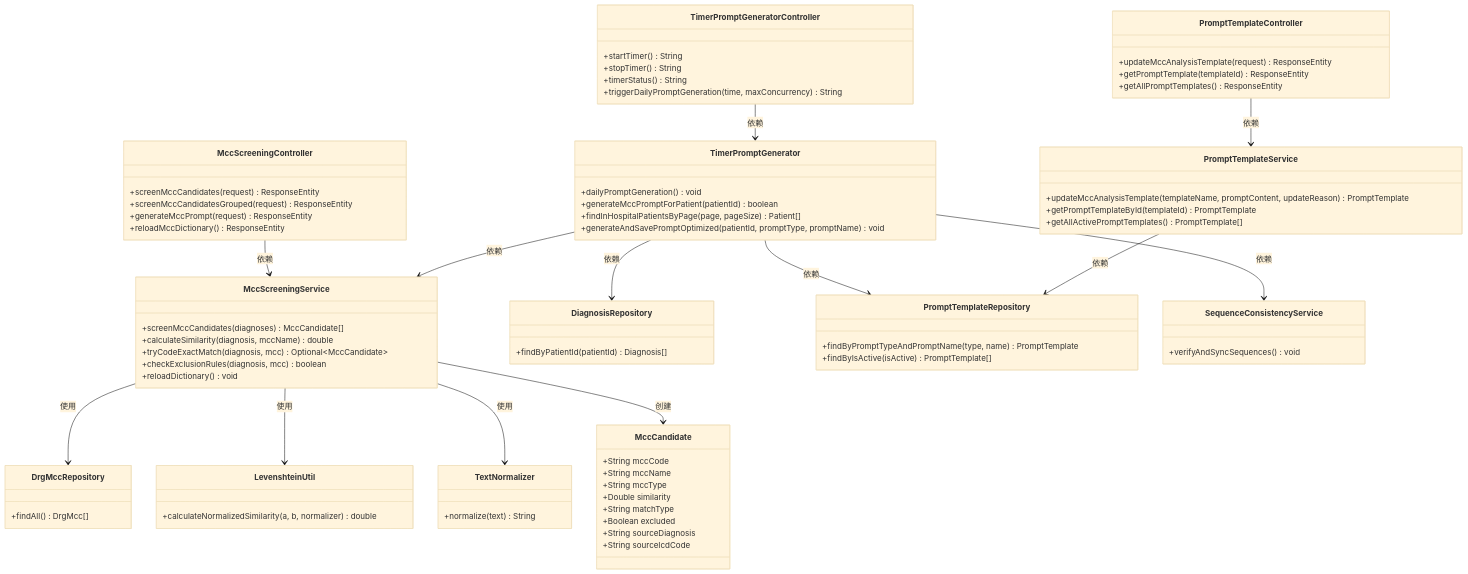
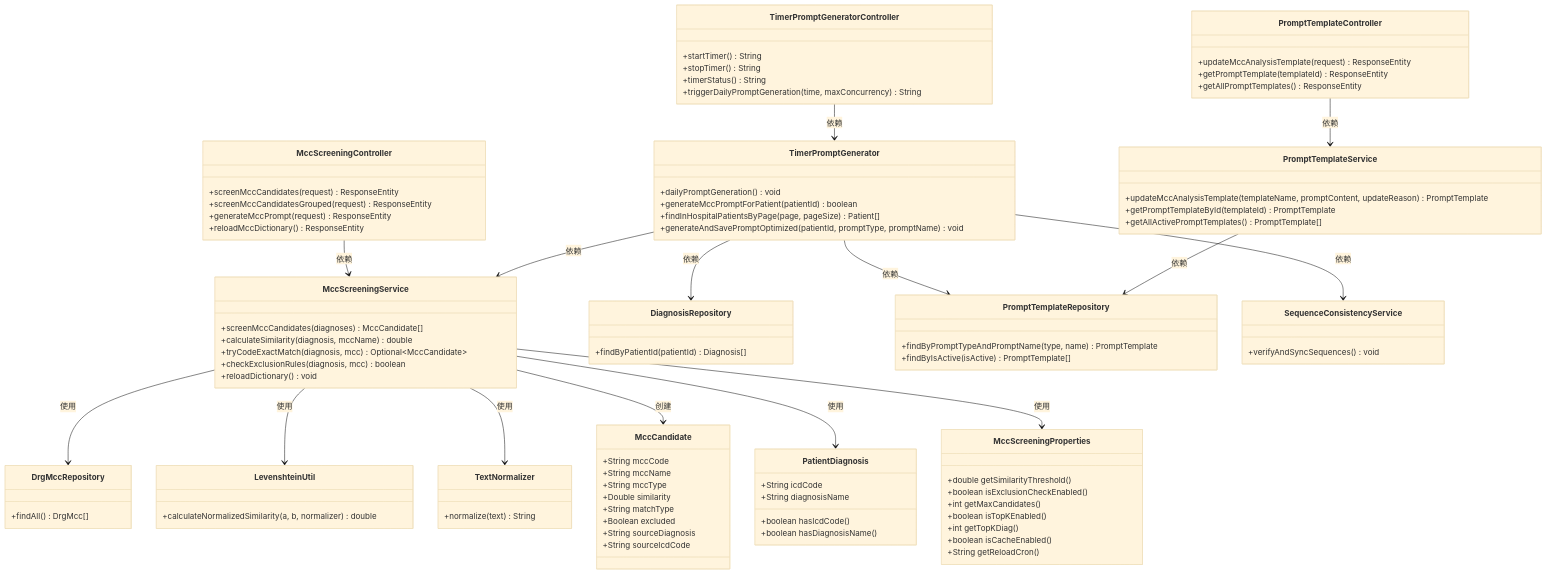
One commit to liuzh2008/med_ai_assistant_workspace changed the tenth of 10 diagrams in .qoder/repowiki/zh/content/核心功能模块/MCC分析系统.md. Above: the diagram before and after it, drawn with Mermaid (base theme). The commit also changed other lines of this file and 7 other files, not shown here.

````diff
--- a/.qoder/repowiki/zh/content/核心功能模块/MCC分析系统.md
+++ b/.qoder/repowiki/zh/content/核心功能模块/MCC分析系统.md
@@ -582,6 +592,21 @@
 class SequenceConsistencyService {
 +verifyAndSyncSequences() void
 }
+class PatientDiagnosis {
++String icdCode
++String diagnosisName
++boolean hasIcdCode()
++boolean hasDiagnosisName()
+}
+class MccScreeningProperties {
++double getSimilarityThreshold()
++boolean isExclusionCheckEnabled()
++int getMaxCandidates()
++boolean isTopKEnabled()
++int getTopKDiag()
++boolean isCacheEnabled()
++String getReloadCron()
+}
 MccScreeningController --> MccScreeningService : 依赖
 TimerPromptGeneratorController --> TimerPromptGenerator : 依赖
 TimerPromptGenerator --> MccScreeningService : 依赖
@@ -594,4 +619,6 @@
 MccScreeningService --> LevenshteinUtil : 使用
 MccScreeningService --> TextNormalizer : 使用
 MccScreeningService --> MccCandidate : 创建
+MccScreeningService --> PatientDiagnosis : 使用
+MccScreeningService --> MccScreeningProperties : 使用
 ```
````
